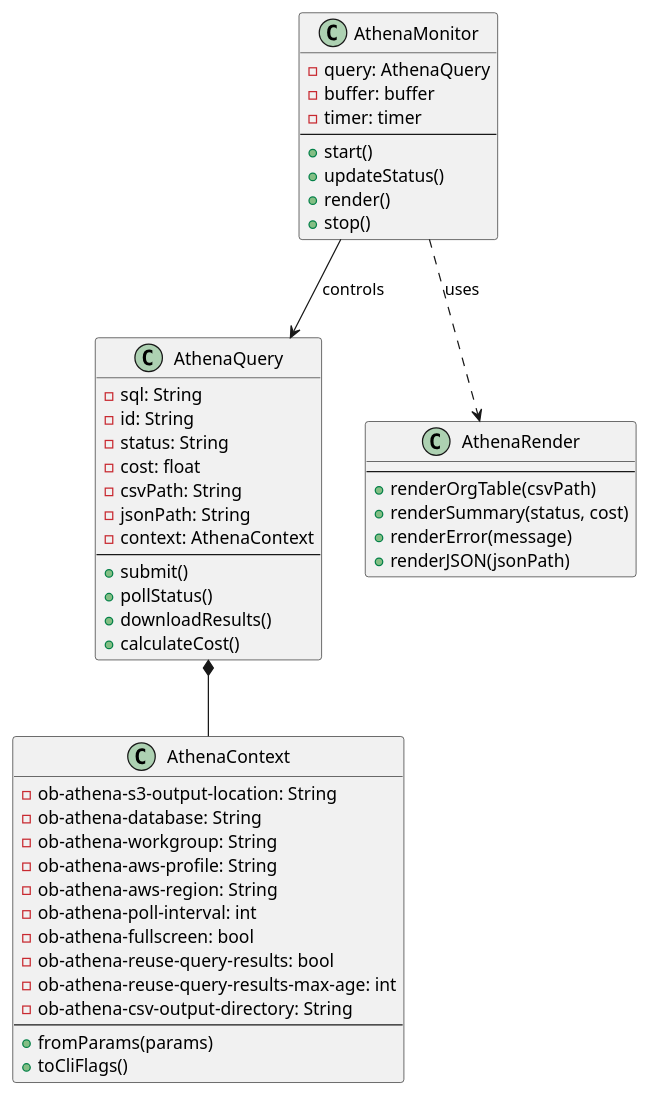
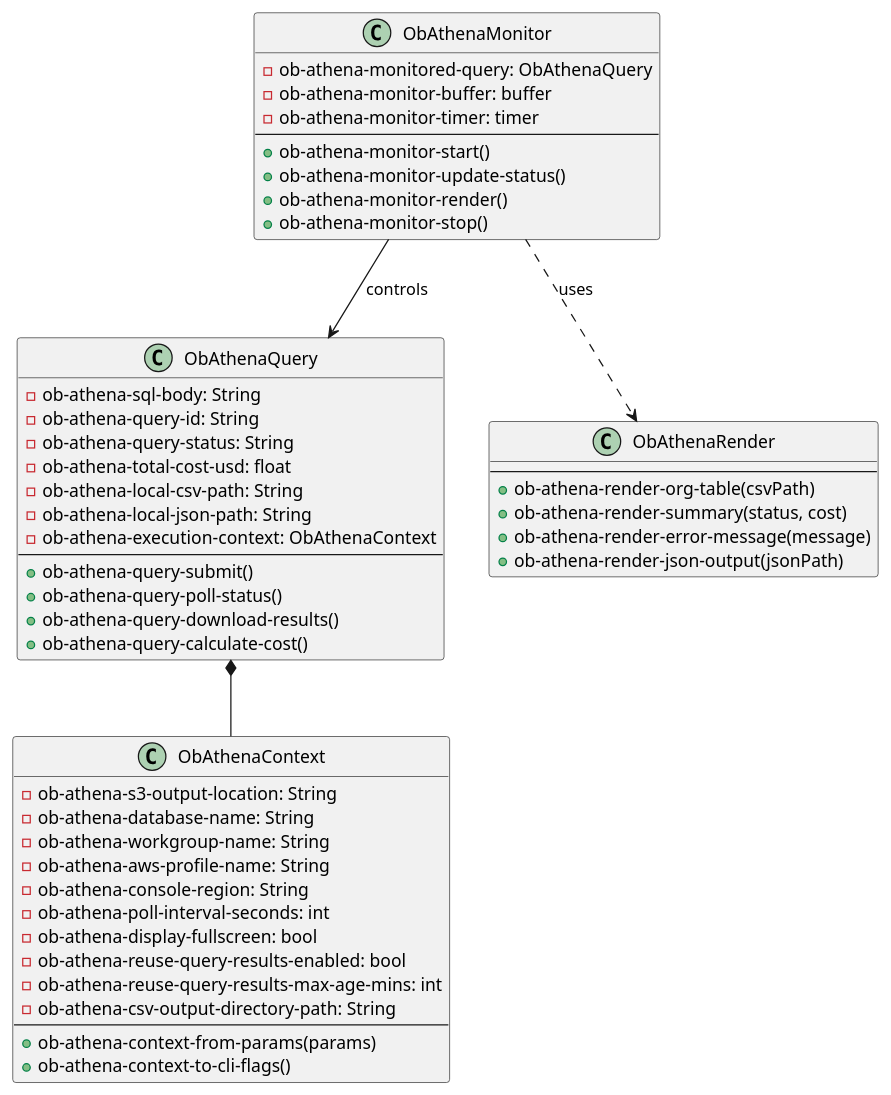
The diagram in architecture.org (will-abb/aws-athena-babel), drawn with PlantUML before and after one commit. The commit also changed other lines of this file, not shown here.

Commit message:
more descriptive

```diff
--- a/architecture.org
+++ b/architecture.org
@@ -1,59 +1,59 @@
-#+begin_src plantuml :file athena-uml.png
+#+begin_src plantuml :file ob-athena-class-model.png
 @startuml
 
-class AthenaContext {
+class ObAthenaContext {
   - ob-athena-s3-output-location: String
-  - ob-athena-database: String
-  - ob-athena-workgroup: String
-  - ob-athena-aws-profile: String
-  - ob-athena-aws-region: String
-  - ob-athena-poll-interval: int
-  - ob-athena-fullscreen: bool
-  - ob-athena-reuse-query-results: bool
-  - ob-athena-reuse-query-results-max-age: int
-  - ob-athena-csv-output-directory: String
+  - ob-athena-database-name: String
+  - ob-athena-workgroup-name: String
+  - ob-athena-aws-profile-name: String
+  - ob-athena-console-region: String
+  - ob-athena-poll-interval-seconds: int
+  - ob-athena-display-fullscreen: bool
+  - ob-athena-reuse-query-results-enabled: bool
+  - ob-athena-reuse-query-results-max-age-mins: int
+  - ob-athena-csv-output-directory-path: String
   --
-  + fromParams(params)
-  + toCliFlags()
+  + ob-athena-context-from-params(params)
+  + ob-athena-context-to-cli-flags()
 }
 
-class AthenaQuery {
-  - sql: String
-  - id: String
-  - status: String
-  - cost: float
-  - csvPath: String
-  - jsonPath: String
-  - context: AthenaContext
+class ObAthenaQuery {
+  - ob-athena-sql-body: String
+  - ob-athena-query-id: String
+  - ob-athena-query-status: String
+  - ob-athena-total-cost-usd: float
+  - ob-athena-local-csv-path: String
+  - ob-athena-local-json-path: String
+  - ob-athena-execution-context: ObAthenaContext
   --
-  + submit()
-  + pollStatus()
-  + downloadResults()
-  + calculateCost()
+  + ob-athena-query-submit()
+  + ob-athena-query-poll-status()
+  + ob-athena-query-download-results()
+  + ob-athena-query-calculate-cost()
 }
 
-class AthenaMonitor {
-  - query: AthenaQuery
-  - buffer: buffer
-  - timer: timer
+class ObAthenaMonitor {
+  - ob-athena-monitored-query: ObAthenaQuery
+  - ob-athena-monitor-buffer: buffer
+  - ob-athena-monitor-timer: timer
   --
-  + start()
-  + updateStatus()
-  + render()
-  + stop()
+  + ob-athena-monitor-start()
+  + ob-athena-monitor-update-status()
+  + ob-athena-monitor-render()
+  + ob-athena-monitor-stop()
 }
 
-class AthenaRender {
+class ObAthenaRender {
   --
-  + renderOrgTable(csvPath)
-  + renderSummary(status, cost)
-  + renderError(message)
-  + renderJSON(jsonPath)
+  + ob-athena-render-org-table(csvPath)
+  + ob-athena-render-summary(status, cost)
+  + ob-athena-render-error-message(message)
+  + ob-athena-render-json-output(jsonPath)
 }
 
-AthenaQuery *-- AthenaContext
-AthenaMonitor --> AthenaQuery : controls
-AthenaMonitor ..> AthenaRender : uses
+ObAthenaQuery *-- ObAthenaContext
+ObAthenaMonitor --> ObAthenaQuery : controls
+ObAthenaMonitor ..> ObAthenaRender : uses
 
 @enduml
 #+end_src
```
